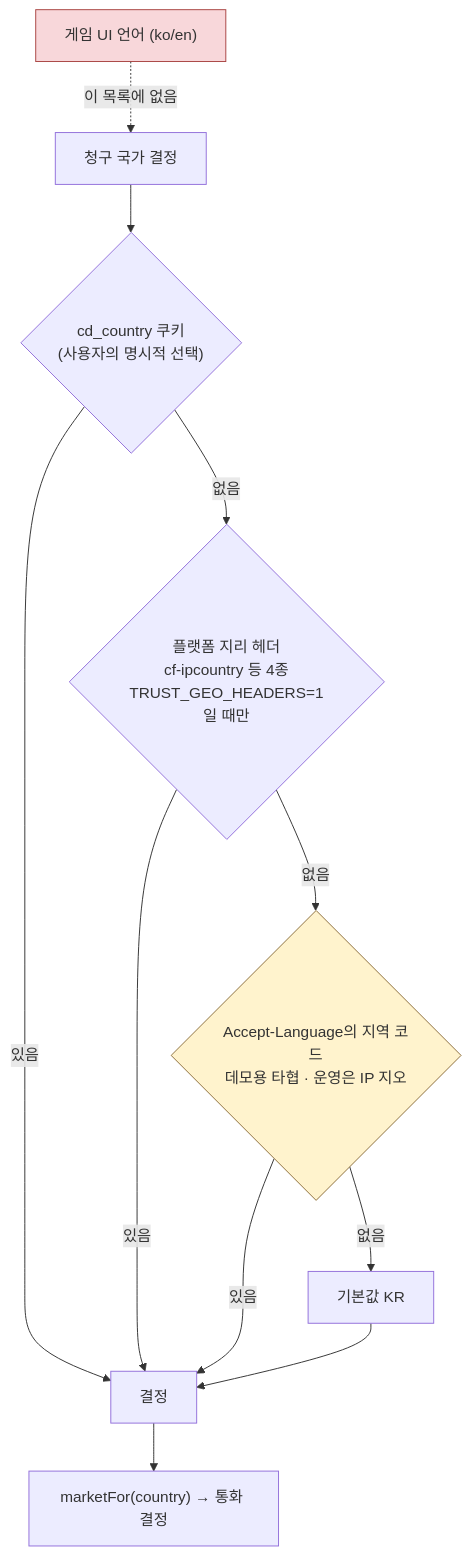
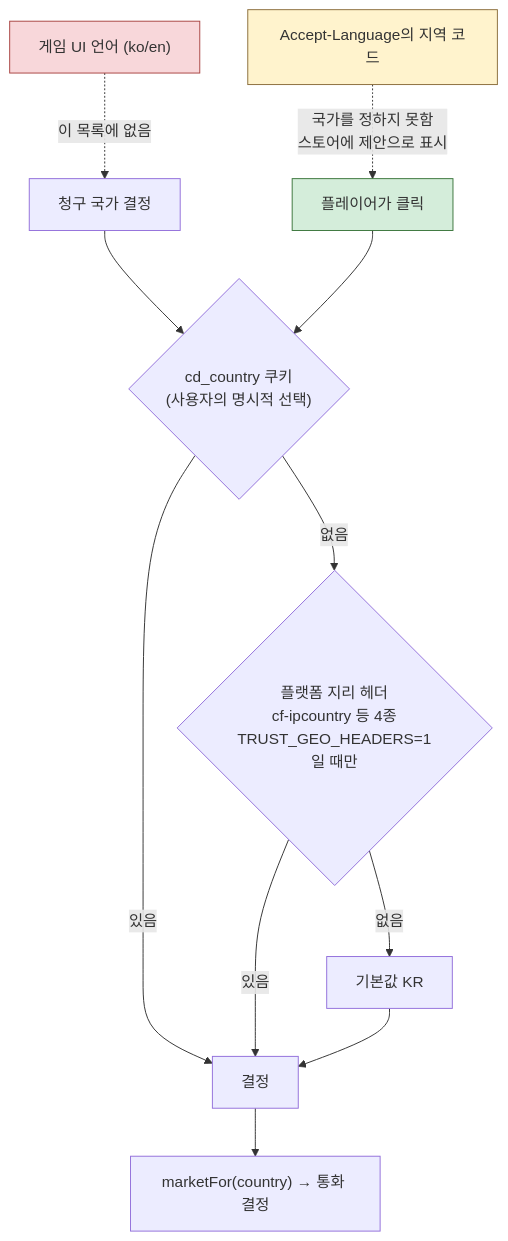
Before and after one commit to Hakhyun-Kim/neon-checkout-integration: diagram 12 of 14 in docs/15-flow-ko.md, drawn with Mermaid. The commit also changed 3 other files, not shown here.

````diff
--- a/docs/15-flow-ko.md
+++ b/docs/15-flow-ko.md
@@ -378,16 +378,17 @@
 ```mermaid
 flowchart TD
     A["청구 국가 결정"] --> B{"cd_country 쿠키<br/>(사용자의 명시적 선택)"}
     B -->|"있음"| Z["결정"]
     B -->|"없음"| C{"플랫폼 지리 헤더<br/>cf-ipcountry 등 4종<br/>TRUST_GEO_HEADERS=1일 때만"}
     C -->|"있음"| Z
-    C -->|"없음"| D{"Accept-Language의 지역 코드<br/>데모용 타협 · 운영은 IP 지오"}
-    D -->|"있음"| Z
-    D -->|"없음"| E["기본값 KR"]
+    C -->|"없음"| E["기본값 KR"]
     E --> Z
     Z --> F["marketFor(country) → 통화 결정"]
 
+    D["Accept-Language의 지역 코드"] -.->|"국가를 정하지 못함<br/>스토어에 제안으로 표시"| S["플레이어가 클릭"]
+    S --> B
     G["게임 UI 언어 (ko/en)"] -.->|"이 목록에 없음"| A
     style G fill:#f8d7da,stroke:#a94442
     style D fill:#fff3cd,stroke:#8a6d3b
+    style S fill:#d4edda,stroke:#3c763d
 ```
````
